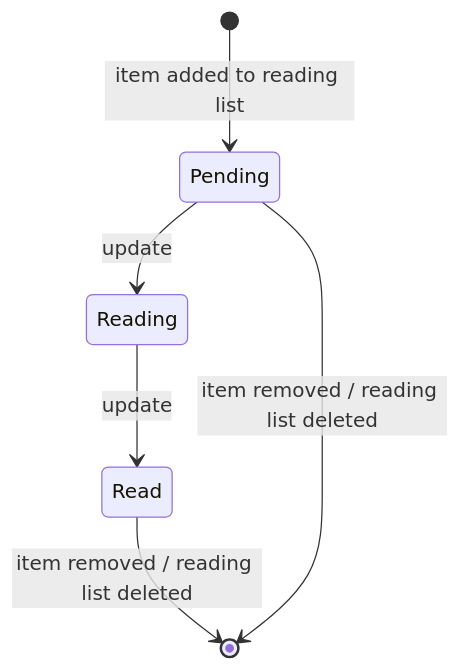
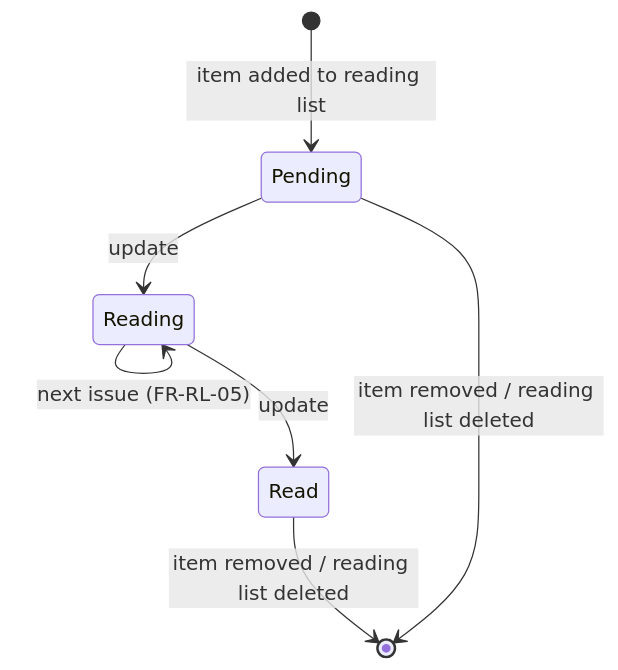
Before and after one commit to artur-rios/alexandria-api: the fourth of 4 diagrams in docs/requirements/Use Case Specification Document.md, drawn with Mermaid. The commit also changed other lines of this file and 8 other files, not shown here.

````diff
--- a/docs/requirements/Use Case Specification Document.md
+++ b/docs/requirements/Use Case Specification Document.md
@@ -1303,8 +1310,9 @@
 ```mermaid
 stateDiagram-v2
     [*] --> Pending : item added to reading list
     Pending --> Reading : update
+    Reading --> Reading : next issue (FR-RL-05)
     Reading --> Read : update
     Read --> [*] : item removed / reading list deleted
     Pending --> [*] : item removed / reading list deleted
 ```
````
